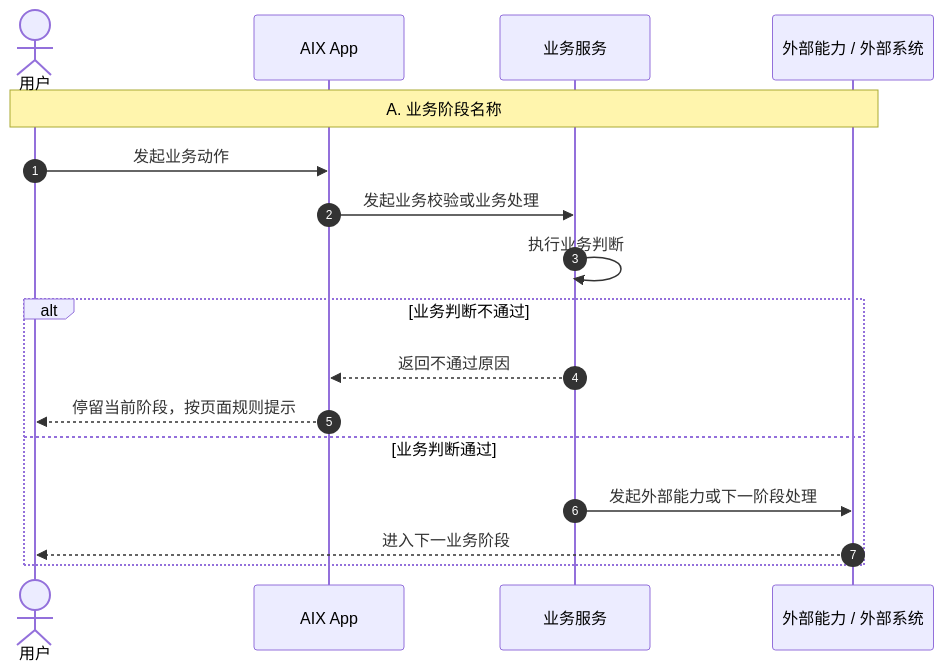
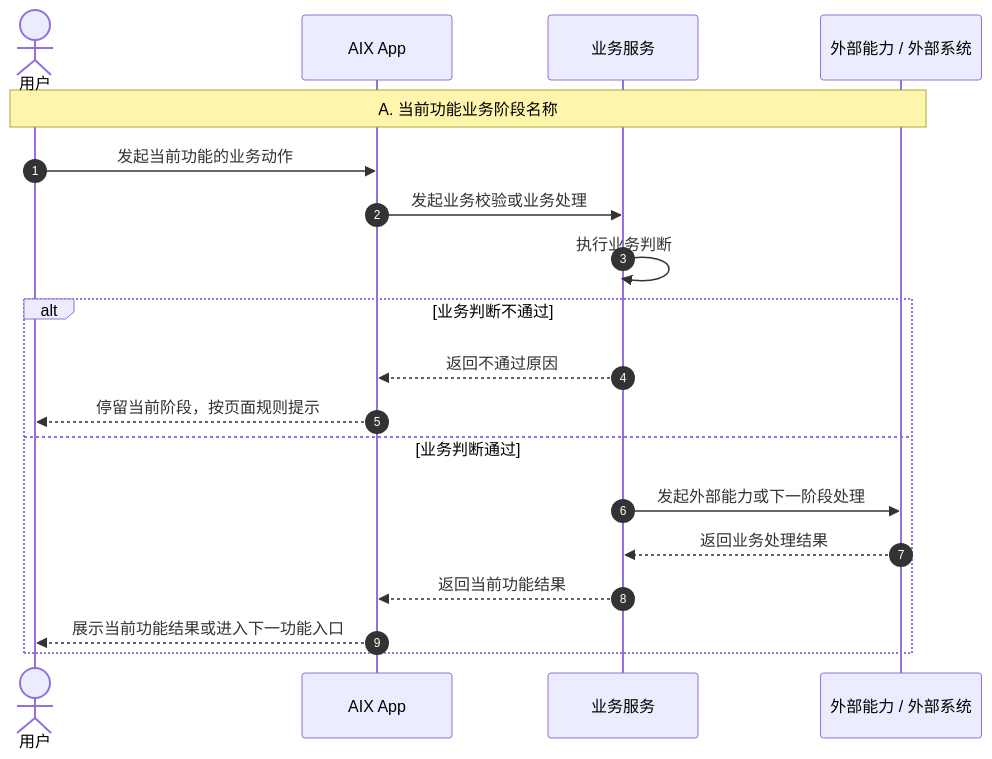
One commit to kelvin381539960-cyber/prd-for-ai changed the first of 2 diagrams in prd-template/standard-prd-template.md. Above: the diagram before and after it, drawn with Mermaid. The commit also changed other lines of this file, not shown here.

````diff
--- a/prd-template/standard-prd-template.md
+++ b/prd-template/standard-prd-template.md
@@ -69,21 +156,23 @@
 ```mermaid
 sequenceDiagram
     autonumber
     actor 用户
     participant App as AIX App
     participant Service as 业务服务
     participant External as 外部能力 / 外部系统
 
-    Note over 用户,External: A. 业务阶段名称
-    用户->>App: 发起业务动作
+    Note over 用户,External: A. 当前功能业务阶段名称
+    用户->>App: 发起当前功能的业务动作
     App->>Service: 发起业务校验或业务处理
     Service->>Service: 执行业务判断
 
     alt 业务判断不通过
         Service-->>App: 返回不通过原因
         App-->>用户: 停留当前阶段，按页面规则提示
     else 业务判断通过
         Service->>External: 发起外部能力或下一阶段处理
-        External-->>用户: 进入下一业务阶段
+        External-->>Service: 返回业务处理结果
+        Service-->>App: 返回当前功能结果
+        App-->>用户: 展示当前功能结果或进入下一功能入口
     end
 ```
````
